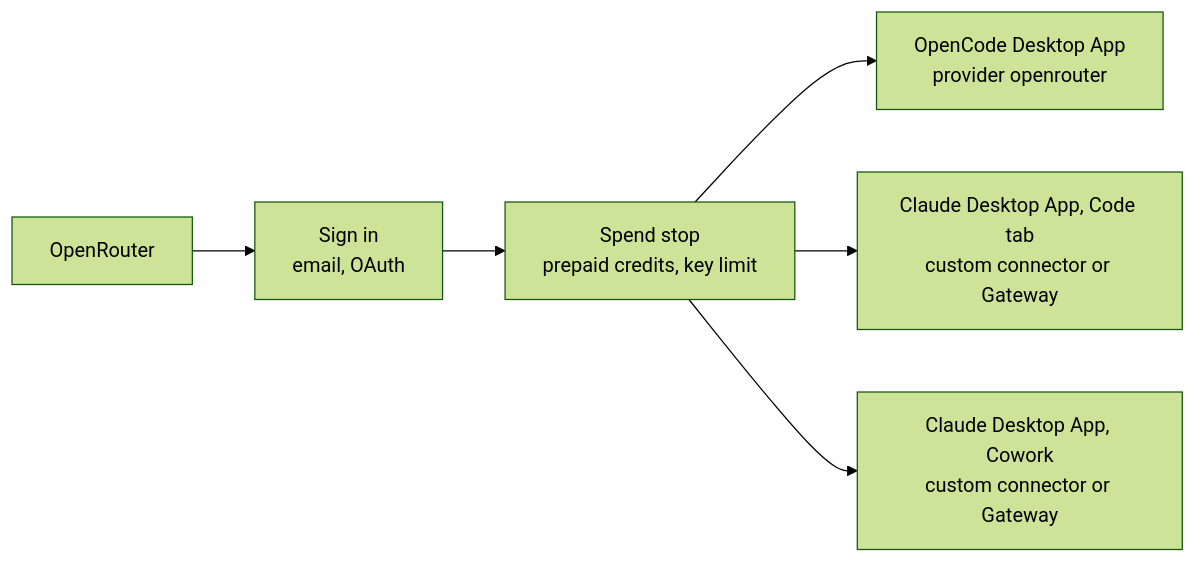
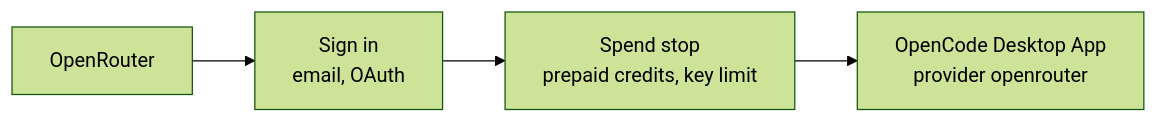
Before and after one commit to SoulCraft-Org/compute-crafter: the diagram in guides/openrouter.md, drawn with Mermaid (forest theme). The commit also changed other lines of this file and 63 other files, not shown here.

````diff
--- a/guides/openrouter.md
+++ b/guides/openrouter.md
@@ -5,7 +5,5 @@
 ```mermaid
 flowchart LR
   P[OpenRouter] --> S[Sign in<br/>email, OAuth] --> G[Spend stop<br/>prepaid credits, key limit]
   G --> O[OpenCode Desktop App<br/>provider openrouter]
-  G --> C[Claude Desktop App, Code tab<br/>custom connector or Gateway]
-  G --> W[Claude Desktop App, Cowork<br/>custom connector or Gateway]
 ```
````
